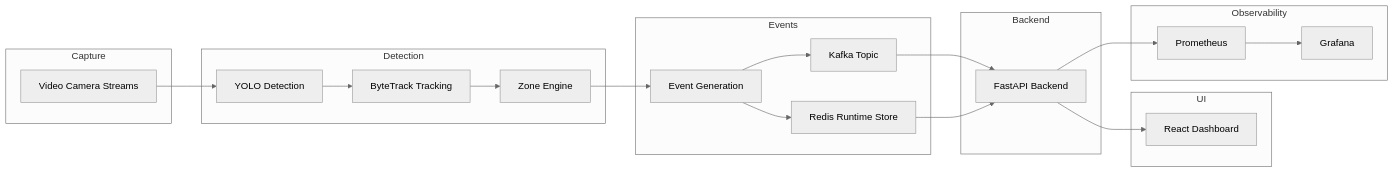
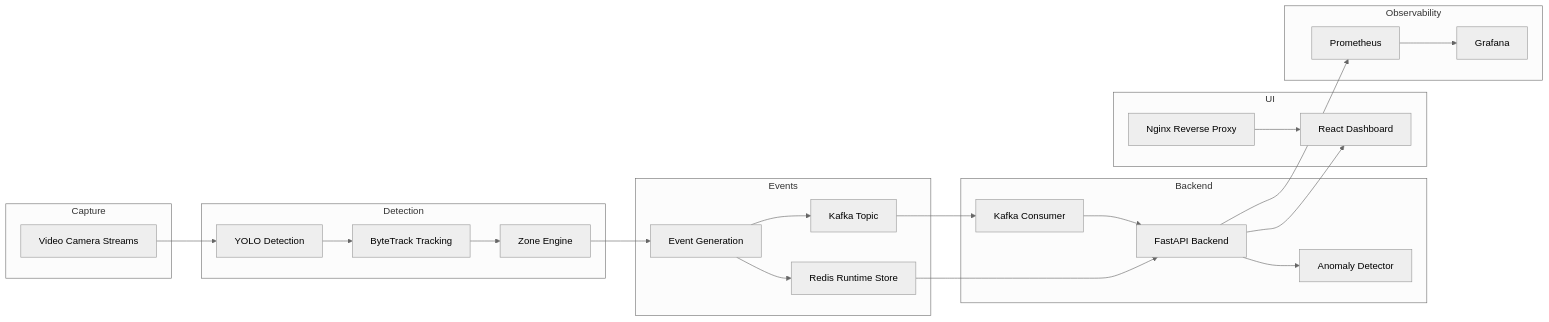
Before and after one commit to digambarrajaram/Store-Intelligence-System-Retail-Analytics-Platform: the second of 8 diagrams in DESIGN.md, drawn with Mermaid (neutral theme). The commit also changed other lines of this file and 1 other file, not shown here.

````diff
--- a/DESIGN.md
+++ b/DESIGN.md
@@ -98,36 +177,42 @@
 ```mermaid
 flowchart LR
   subgraph Capture
     VideoCamera[Video Camera Streams]
   end
 
   subgraph Detection
     YOLO[YOLO Detection]
     ByteTrack[ByteTrack Tracking]
     ZoneEngine[Zone Engine]
   end
 
   subgraph Events
     EventGen[Event Generation]
     Kafka[Kafka Topic]
     Redis[Redis Runtime Store]
   end
 
   subgraph Backend
     FastAPI[FastAPI Backend]
+    Anomaly[Anomaly Detector]
+    KafkaConsumer[Kafka Consumer]
   end
 
   subgraph UI
     Dashboard[React Dashboard]
+    Nginx[Nginx Reverse Proxy]
   end
 
   subgraph Observability
     Prometheus[Prometheus]
     Grafana[Grafana]
   end
 
   VideoCamera --> YOLO --> ByteTrack --> ZoneEngine --> EventGen
-  EventGen --> Kafka --> FastAPI --> Dashboard
+  EventGen --> Kafka --> KafkaConsumer --> FastAPI
   EventGen --> Redis --> FastAPI
+  FastAPI --> Anomaly
+  FastAPI --> Dashboard
+  Nginx --> Dashboard
   FastAPI --> Prometheus --> Grafana
 ```
````
